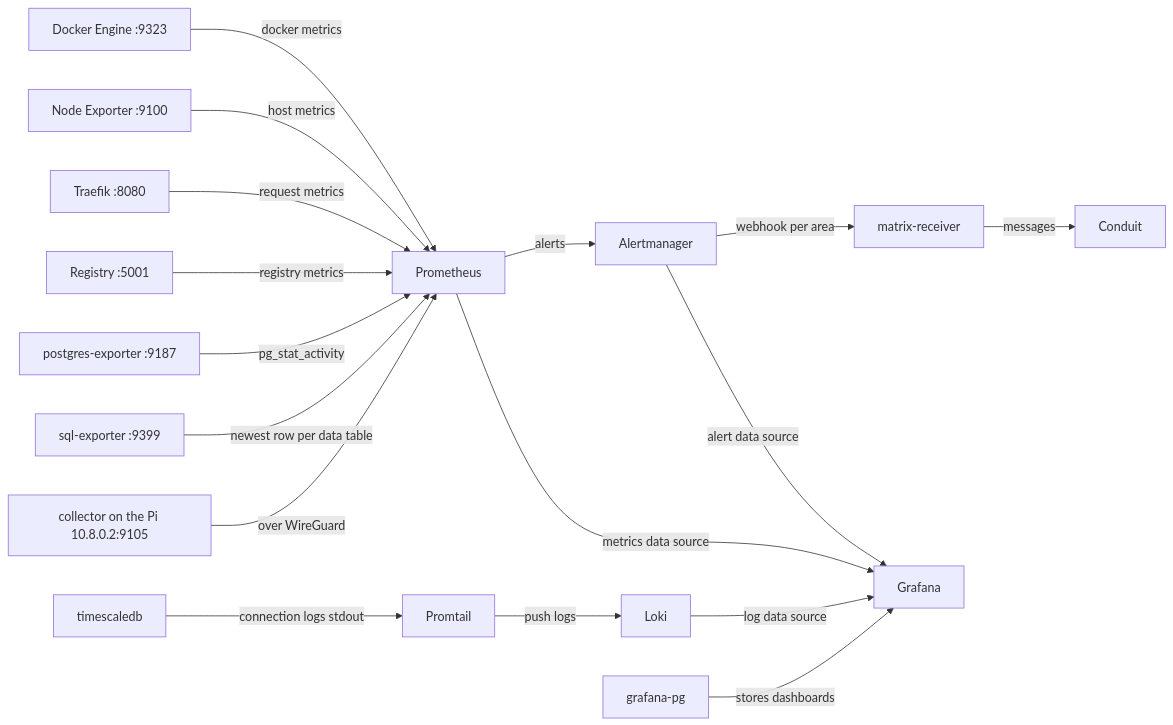
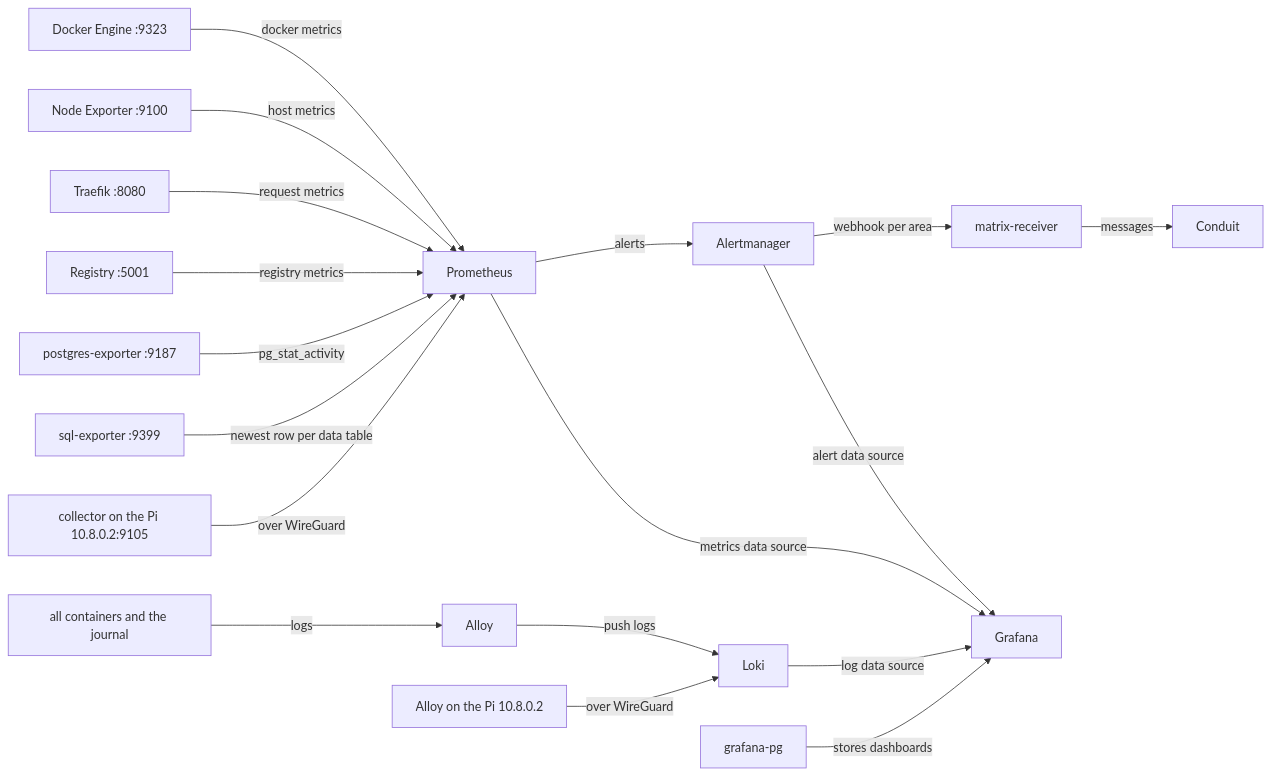
Before and after one commit to Waxolunist/ansible-docker-server: the sixth of 6 diagrams in ARCHITECTURE.md, drawn with Mermaid. The commit also changed other lines of this file and 7 other files, not shown here.

First line of the commit message:
Ship every VPS log to Loki with Alloy instead of Promtail (TASK-236)

````diff
--- a/ARCHITECTURE.md
+++ b/ARCHITECTURE.md
@@ -554,19 +554,20 @@
 ```mermaid
 graph LR
     DE[Docker Engine :9323] -->|docker metrics| P[Prometheus]
     NE[Node Exporter :9100] -->|host metrics| P
     T[Traefik :8080] -->|request metrics| P
     R[Registry :5001] -->|registry metrics| P
     PE[postgres-exporter :9187] -->|pg_stat_activity| P
     SE[sql-exporter :9399] -->|newest row per data table| P
     C[collector on the Pi 10.8.0.2:9105] -->|over WireGuard| P
     P -->|alerts| AM[Alertmanager]
     AM -->|webhook per area| MR[matrix-receiver]
     MR -->|messages| CO[Conduit]
     AM -->|alert data source| G
-    TS[timescaledb] -->|connection logs stdout| PT[Promtail]
-    PT -->|push logs| L[Loki]
+    D[all containers and the journal] -->|logs| AL[Alloy]
+    AL -->|push logs| L[Loki]
+    PA[Alloy on the Pi 10.8.0.2] -->|over WireGuard| L
     P -->|metrics data source| G[Grafana]
     L -->|log data source| G
     GPG[grafana-pg] -->|stores dashboards| G
 ```
````
